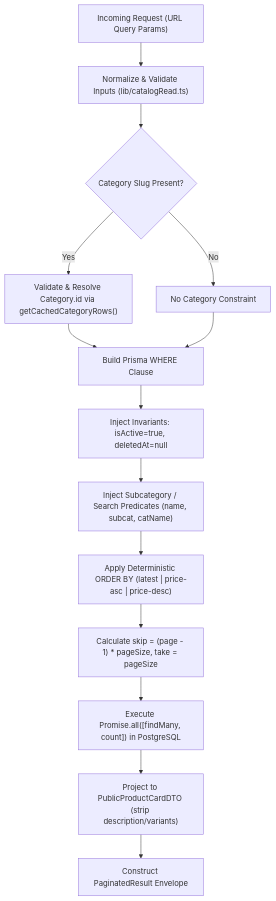
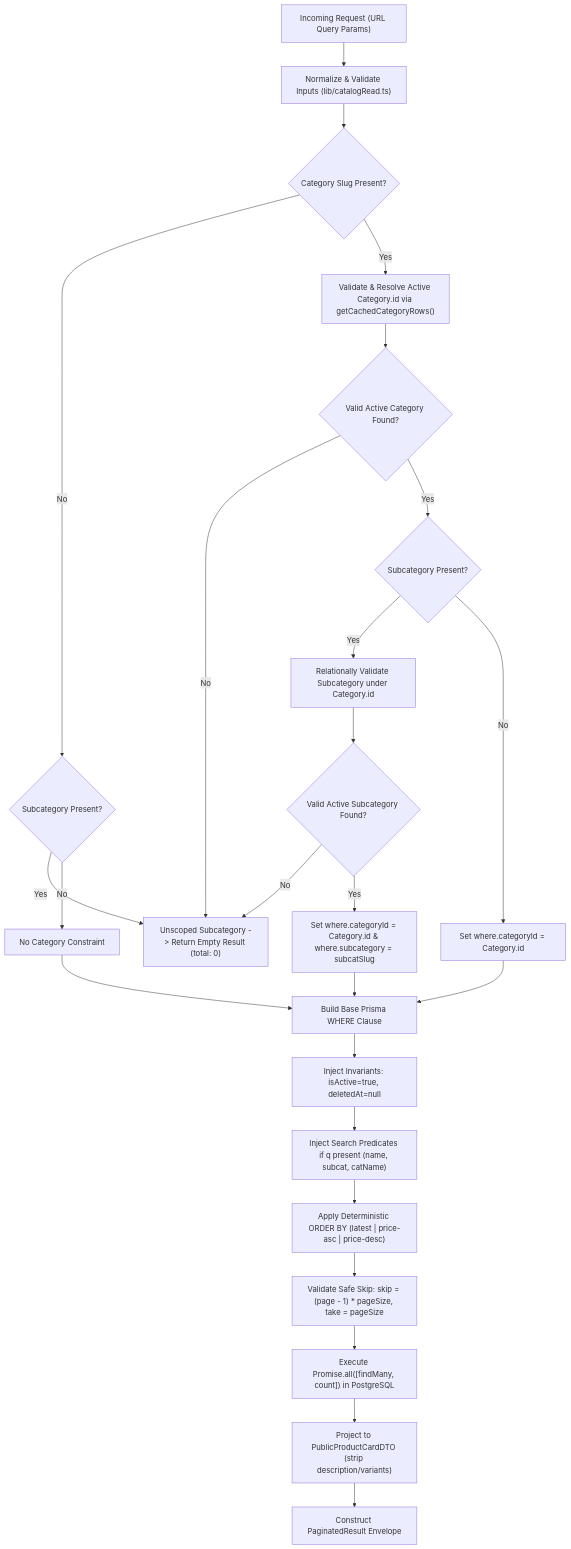
The diagram in docs/superpowers/specs/2026-08-28-phase5-catalog-scalability-design.md (WadudMahmudJoy/Pure_Haven_E-Commerce), drawn with Mermaid before and after one commit. The commit also changed other lines of this file, not shown here.

````diff
--- a/docs/superpowers/specs/2026-08-28-phase5-catalog-scalability-design.md
+++ b/docs/superpowers/specs/2026-08-28-phase5-catalog-scalability-design.md
@@ -99,16 +104,27 @@
 ```mermaid
 flowchart TD
     A["Incoming Request (URL Query Params)"] --> B["Normalize & Validate Inputs (lib/catalogRead.ts)"]
     B --> C{"Category Slug Present?"}
-    C -->|Yes| D["Validate & Resolve Category.id via getCachedCategoryRows()"]
-    C -->|No| E["No Category Constraint"]
-    D --> F["Build Prisma WHERE Clause"]
-    E --> F
-    F --> G["Inject Invariants: isActive=true, deletedAt=null"]
-    G --> H["Inject Subcategory / Search Predicates (name, subcat, catName)"]
-    H --> I["Apply Deterministic ORDER BY (latest | price-asc | price-desc)"]
-    I --> J["Calculate skip = (page - 1) * pageSize, take = pageSize"]
-    J --> K["Execute Promise.all([findMany, count]) in PostgreSQL"]
-    K --> L["Project to PublicProductCardDTO (strip description/variants)"]
-    L --> M["Construct PaginatedResult Envelope"]
+    C -->|No| D{"Subcategory Present?"}
+    D -->|Yes| E["Unscoped Subcategory -> Return Empty Result (total: 0)"]
+    D -->|No| F["No Category Constraint"]
+    C -->|Yes| G["Validate & Resolve Active Category.id via getCachedCategoryRows()"]
+    G --> H{"Valid Active Category Found?"}
+    H -->|No| E
+    H -->|Yes| I{"Subcategory Present?"}
+    I -->|Yes| J["Relationally Validate Subcategory under Category.id"]
+    J --> K{"Valid Active Subcategory Found?"}
+    K -->|No| E
+    K -->|Yes| L["Set where.categoryId = Category.id & where.subcategory = subcatSlug"]
+    I -->|No| M["Set where.categoryId = Category.id"]
+    F --> N["Build Base Prisma WHERE Clause"]
+    L --> N
+    M --> N
+    N --> O["Inject Invariants: isActive=true, deletedAt=null"]
+    O --> P["Inject Search Predicates if q present (name, subcat, catName)"]
+    P --> Q["Apply Deterministic ORDER BY (latest | price-asc | price-desc)"]
+    Q --> R["Validate Safe Skip: skip = (page - 1) * pageSize, take = pageSize"]
+    R --> S["Execute Promise.all([findMany, count]) in PostgreSQL"]
+    S --> T["Project to PublicProductCardDTO (strip description/variants)"]
+    T --> U["Construct PaginatedResult Envelope"]
 ```
````
